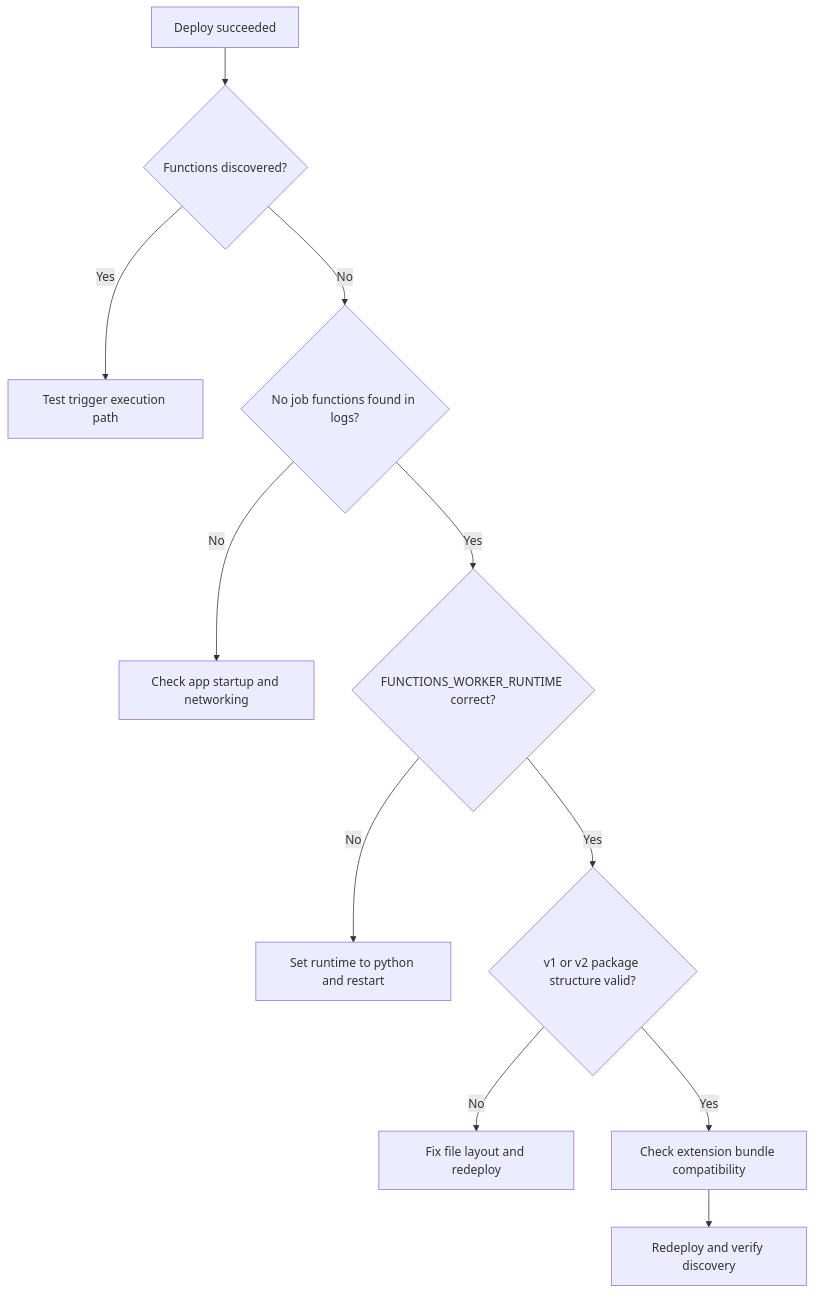
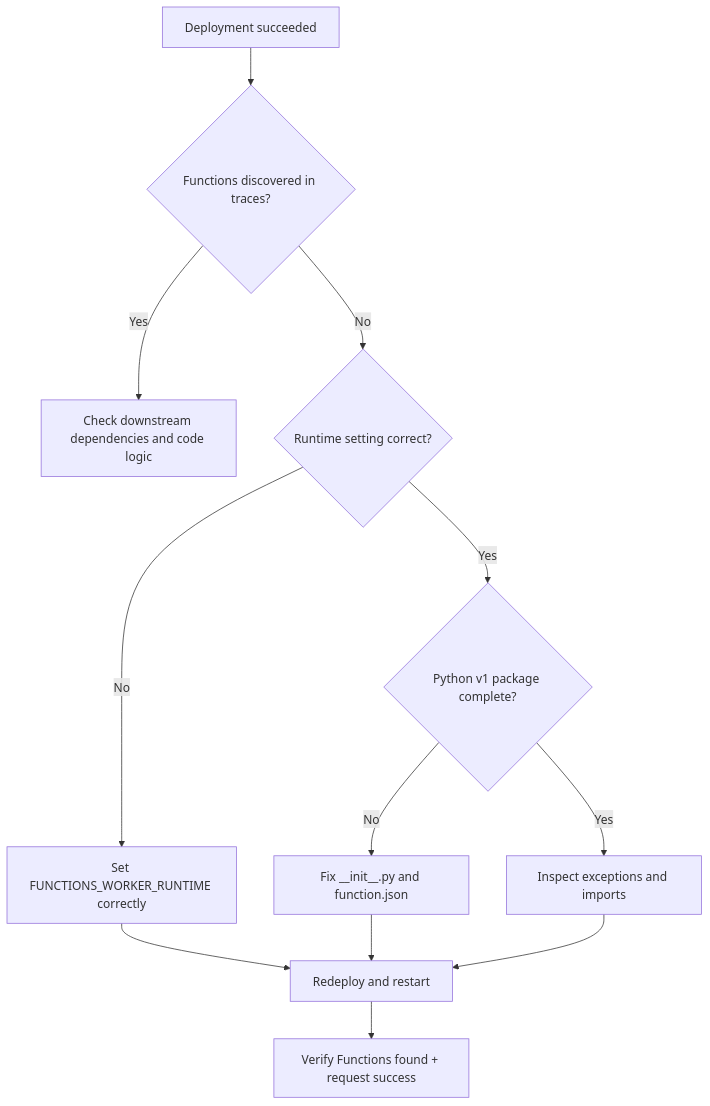
The fourth of 5 diagrams in docs/troubleshooting/lab-guides/deployment-not-running.md (yeongseon/azure-functions-practical-guide), drawn with Mermaid before and after one commit. The commit also changed other lines of this file and 21 other files, not shown here.

````diff
--- a/docs/troubleshooting/lab-guides/deployment-not-running.md
+++ b/docs/troubleshooting/lab-guides/deployment-not-running.md
@@ -456,13 +357,14 @@
 ```mermaid
 flowchart TD
-    A[Deploy succeeded] --> B{Functions discovered?}
-    B -- Yes --> C[Test trigger execution path]
-    B -- No --> D{No job functions found in logs?}
-    D -- No --> E[Check app startup and networking]
-    D -- Yes --> F{FUNCTIONS_WORKER_RUNTIME correct?}
-    F -- No --> G[Set runtime to python and restart]
-    F -- Yes --> H{v1 or v2 package structure valid?}
-    H -- No --> I[Fix file layout and redeploy]
-    H -- Yes --> J[Check extension bundle compatibility]
-    J --> K[Redeploy and verify discovery]
+    A[Deployment succeeded] --> B{Functions discovered in traces?}
+    B -- Yes --> C[Check downstream dependencies and code logic]
+    B -- No --> D{Runtime setting correct?}
+    D -- No --> E[Set FUNCTIONS_WORKER_RUNTIME correctly]
+    D -- Yes --> F{Python v1 package complete?}
+    F -- No --> G[Fix __init__.py and function.json]
+    F -- Yes --> H[Inspect exceptions and imports]
+    E --> I[Redeploy and restart]
+    G --> I
+    H --> I
+    I --> J[Verify Functions found + request success]
 ```
````
